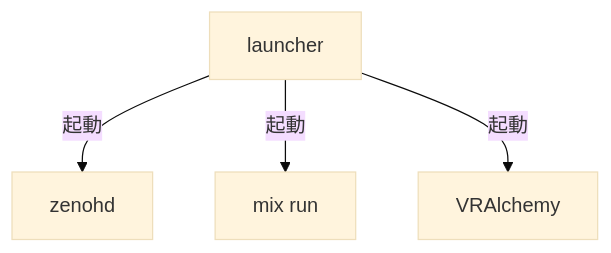
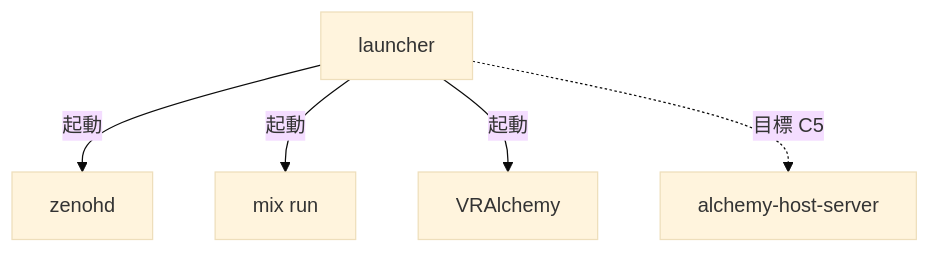
The first of 2 diagrams in .workspace/0_docs/architecture/rust/launcher.md (FRICK-ELDY/alchemy-engine), drawn with Mermaid (base theme) before and after one commit. The commit also changed other lines of this file and 26 other files, not shown here.

````diff
--- a/.workspace/0_docs/architecture/rust/launcher.md
+++ b/.workspace/0_docs/architecture/rust/launcher.md
@@ -14,7 +20,8 @@
 ```mermaid
 graph TB
     LAUNCHER[launcher]
     LAUNCHER -->|起動| ZENOHD[zenohd]
     LAUNCHER -->|起動| MIX[mix run]
     LAUNCHER -->|起動| APP[VRAlchemy]
+    LAUNCHER -.->|目標 C5| HOST[alchemy-host-server]
 ```
````
